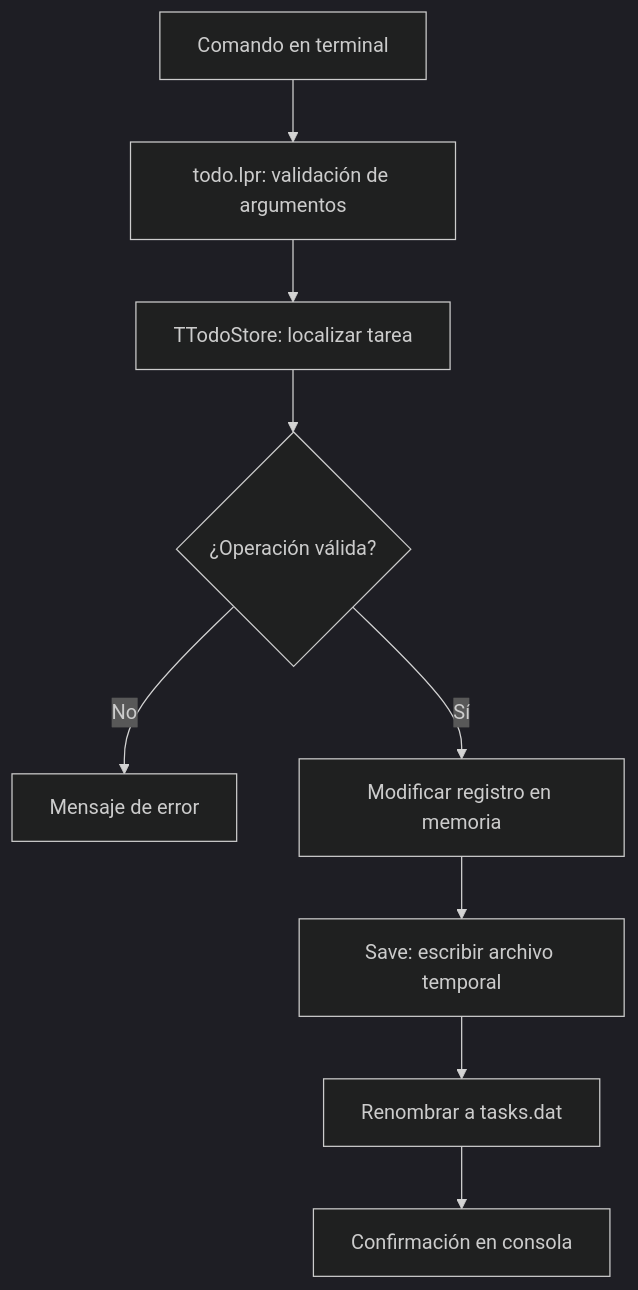
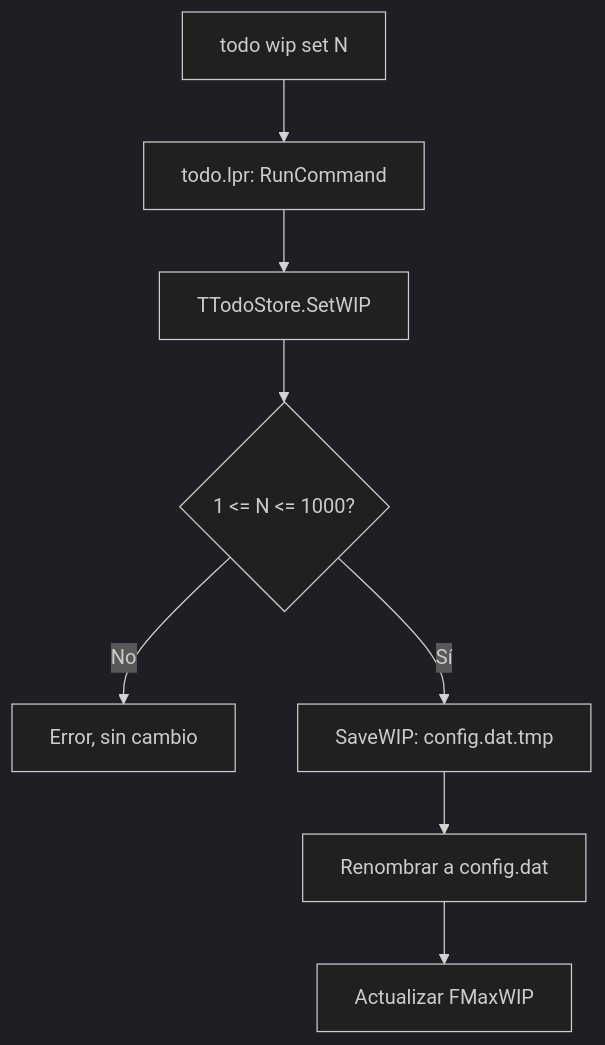
One commit to WalexNet/todo_kanban_cli changed the second of 2 diagrams in docs/INFORME.md. Above: the diagram before and after it, drawn with Mermaid (dark theme). The commit also changed other lines of this file and 2 other files, not shown here.

Commit message:
docs: update documentation for configurable WIP

````diff
--- a/docs/INFORME.md
+++ b/docs/INFORME.md
@@ -127,11 +96,10 @@
 ```mermaid
 flowchart TD
-    A[Comando en terminal] --> B[todo.lpr: validación de argumentos]
-    B --> C[TTodoStore: localizar tarea]
-    C --> D{¿Operación válida?}
-    D -->|No| E[Mensaje de error]
-    D -->|Sí| F[Modificar registro en memoria]
-    F --> G[Save: escribir archivo temporal]
-    G --> H[Renombrar a tasks.dat]
-    H --> I[Confirmación en consola]
+    A[todo wip set N] --> B[todo.lpr: RunCommand]
+    B --> C[TTodoStore.SetWIP]
+    C --> D{1 <= N <= 1000?}
+    D -->|No| E[Error, sin cambio]
+    D -->|Sí| F[SaveWIP: config.dat.tmp]
+    F --> G[Renombrar a config.dat]
+    G --> H[Actualizar FMaxWIP]
 ```
````
